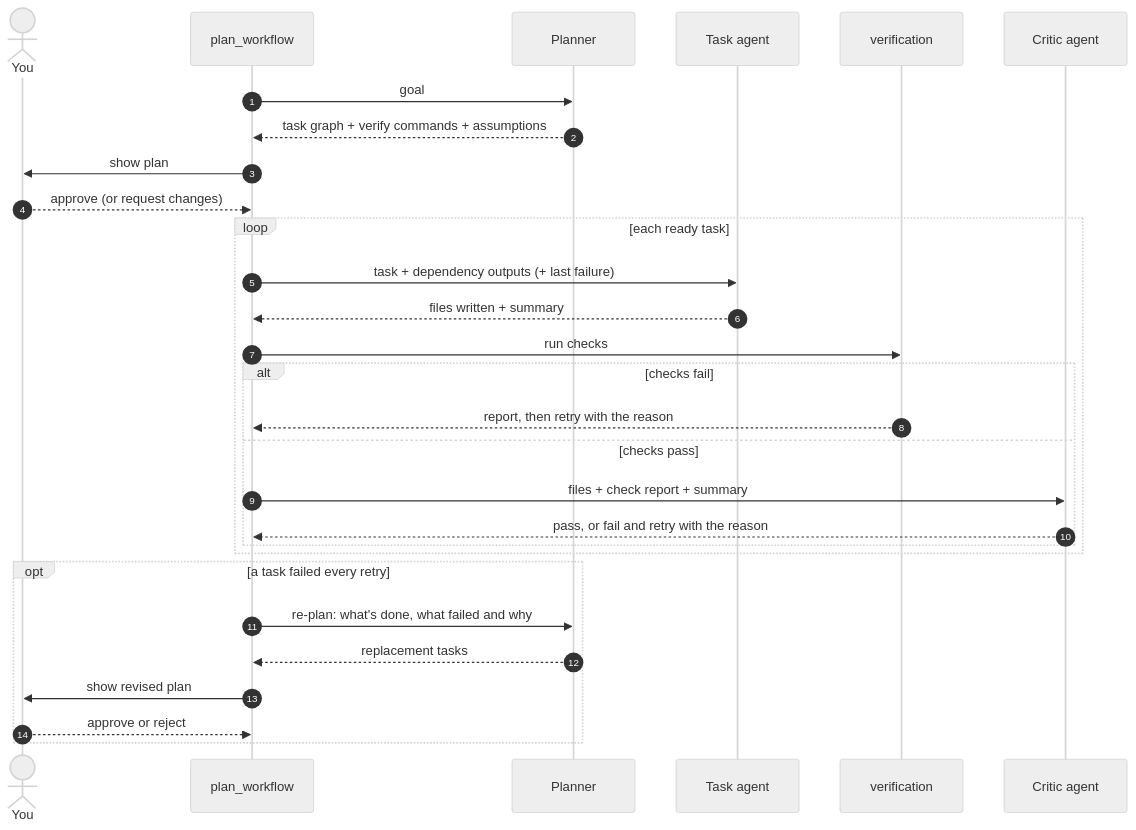
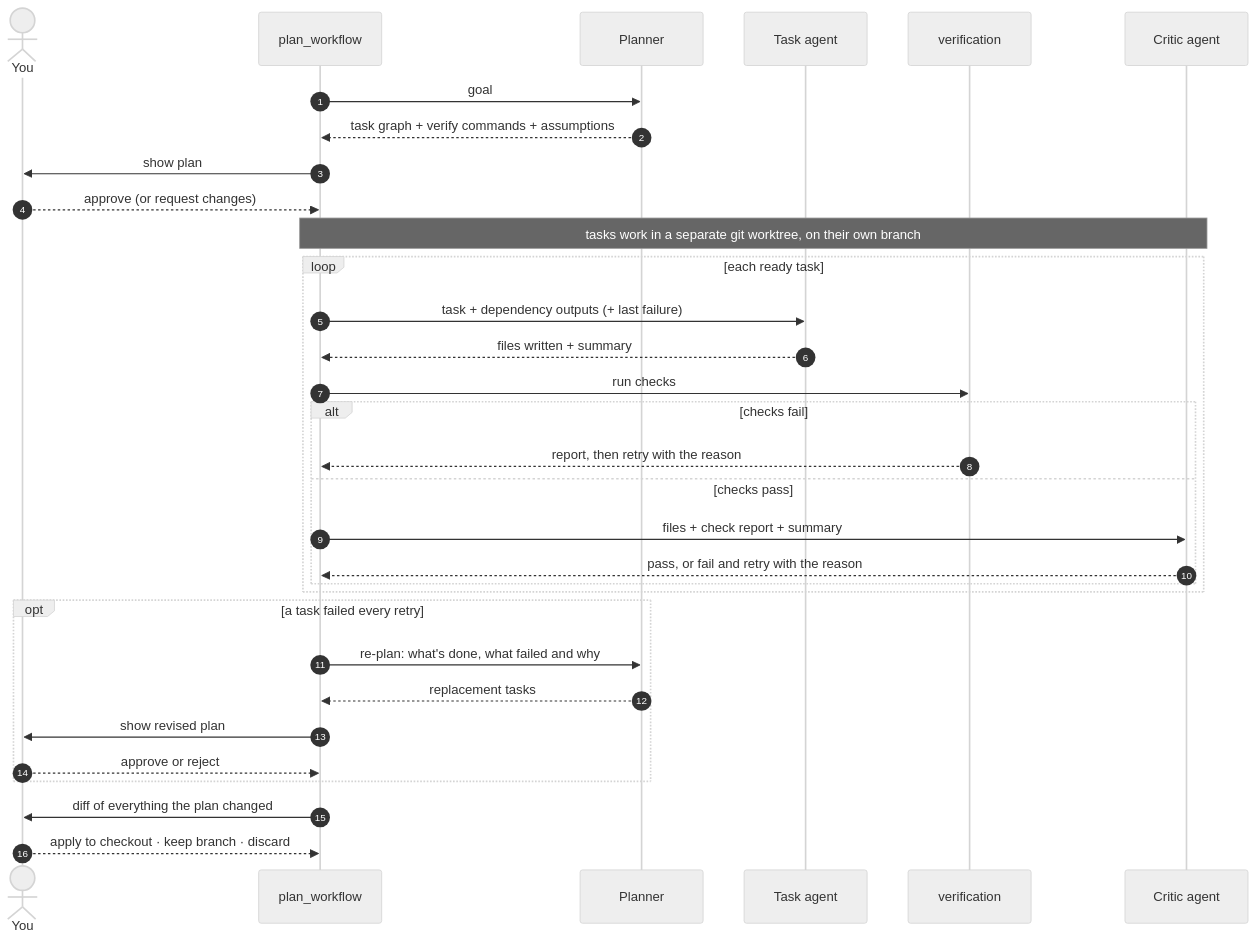
Before and after one commit to Parth-Babariya/RepoPilot: the second of 10 diagrams in README.md, drawn with Mermaid (neutral theme). The commit also changed other lines of this file and 27 other files, not shown here.

````diff
--- a/README.md
+++ b/README.md
@@ -165,32 +171,35 @@
 ```mermaid
 sequenceDiagram
     autonumber
     actor U as You
     participant W as plan_workflow
     participant P as Planner
     participant T as Task agent
     participant V as verification
     participant C as Critic agent
 
     W->>P: goal
     P-->>W: task graph + verify commands + assumptions
     W->>U: show plan
     U-->>W: approve (or request changes)
+    Note over W,C: tasks work in a separate git worktree, on their own branch
     loop each ready task
         W->>T: task + dependency outputs (+ last failure)
         T-->>W: files written + summary
         W->>V: run checks
         alt checks fail
             V-->>W: report, then retry with the reason
         else checks pass
             W->>C: files + check report + summary
             C-->>W: pass, or fail and retry with the reason
         end
     end
     opt a task failed every retry
         W->>P: re-plan: what's done, what failed and why
         P-->>W: replacement tasks
         W->>U: show revised plan
         U-->>W: approve or reject
     end
+    W->>U: diff of everything the plan changed
+    U-->>W: apply to checkout · keep branch · discard
 ```
````
